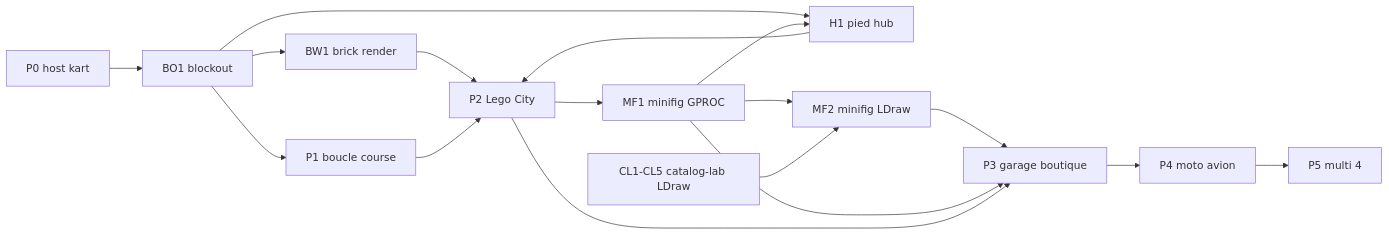
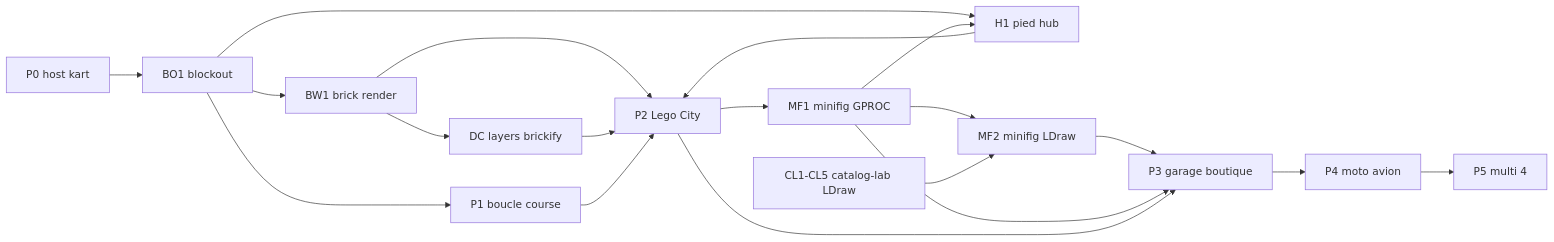
The diagram in docs/plans/roadmap.md (naanouff/Brick-Racer), drawn with Mermaid before and after one commit. The commit also changed other lines of this file and 6 other files, not shown here.

Commit message:
docs: plan and sprint DC1 layers-to-brickify pipeline

````diff
--- a/docs/plans/roadmap.md
+++ b/docs/plans/roadmap.md
@@ -22,19 +23,21 @@
 ```mermaid
 flowchart LR
   P0[P0 host kart] --> BO1[BO1 blockout]
   BO1 --> P1[P1 boucle course]
   BO1 --> H1[H1 pied hub]
   BO1 --> BW1[BW1 brick render]
+  BW1 --> DC[DC layers brickify]
   MF1[MF1 minifig GPROC] --> H1
   MF1 --> MF2[MF2 minifig LDraw]
   CL[CL1-CL5 catalog-lab LDraw] --> MF2
   MF2 --> P3
   H1 --> P2[P2 Lego City]
   BW1 --> P2
+  DC --> P2
   P1 --> P2
   P2 --> MF1
   MF1 --> P3[P3 garage boutique]
   P2 --> P3
   P3 --> P4[P4 moto avion]
   P4 --> P5[P5 multi 4]
 ```
````
